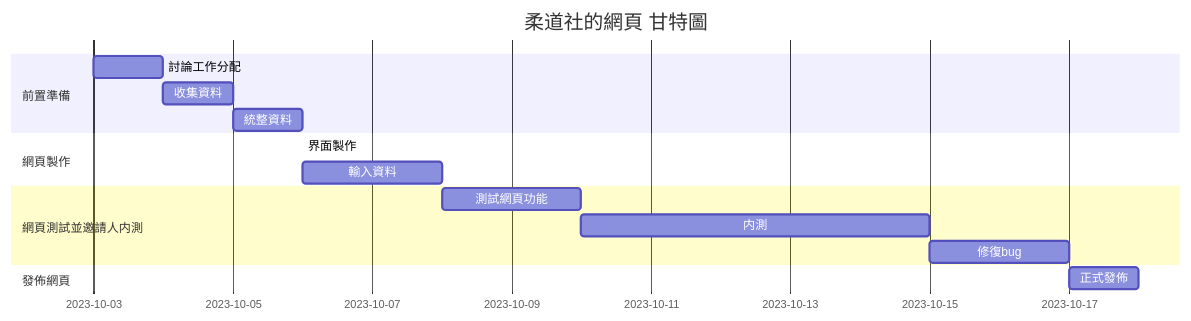
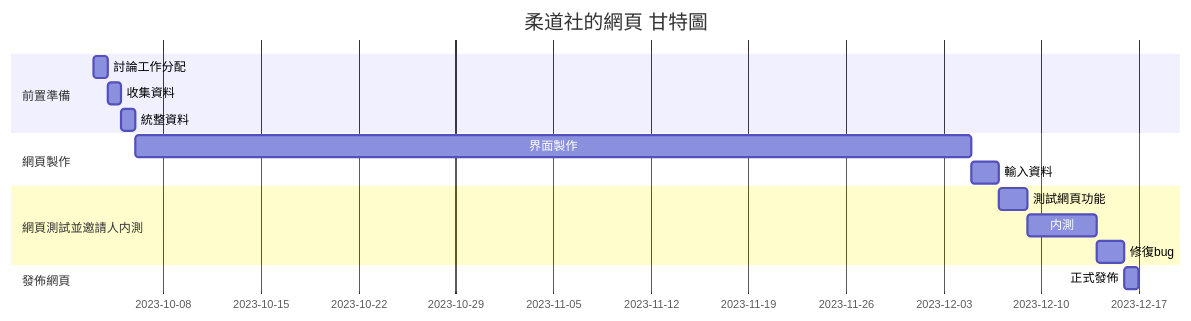
One commit to azsx1674/SAaDT changed the diagram in README.md. Above: the diagram before and after it, drawn with Mermaid.

````diff
--- a/README.md
+++ b/README.md
@@ -23,18 +23,18 @@
 ```mermaid
 gantt
     title 柔道社的網頁 甘特圖
     dateFormat  YYYY-MM-DD
     section 前置準備
     討論工作分配           :a1, 2023-10-03, 1d
     收集資料     :a2, after a1  , 1d
     統整資料     :a3, after a2  , 1d
     section 網頁製作
-    界面製作     :a4, after a3  , 2m
+    界面製作     :a4, after a3  , 60d
     輸入資料      :a5, after a4  , 2d
     section 網頁測試並邀請人内測
     測試網頁功能      :a6, after a5  , 2d
     内測        :a7, after a6, 5d
     修復bug      :a8, after a7, 2d
     section 發佈網頁
     正式發佈     :a9, after a8, 1d
 ```
````
